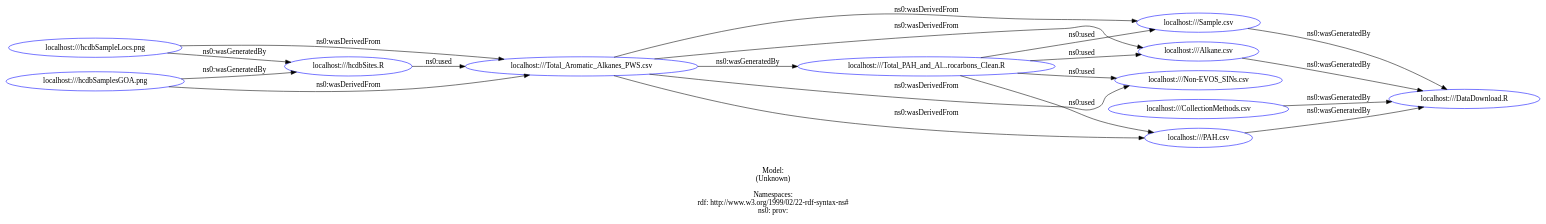
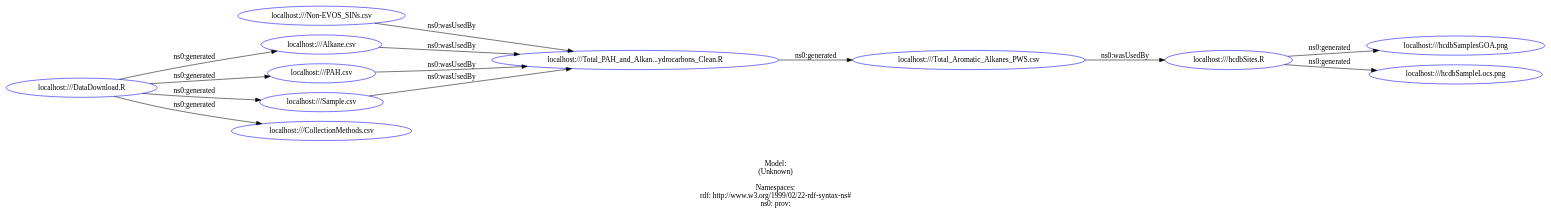
The diagram in transparency/results/provTest.dot (shek21/DataONE_2018_Summer_Intern_Project1), drawn with Graphviz before and after one commit. The commit also changed 62 other files, not shown here.

```diff
--- a/transparency/results/provTest.dot
+++ b/transparency/results/provTest.dot
@@ -1,42 +1,36 @@
 digraph {
 	rankdir = LR;
 	charset="utf-8";
 
-	"Rlocalhost:///hcdbSampleLocs.png" -> "Rlocalhost:///hcdbSites.R" [ label="ns0:wasGeneratedBy" ];
-	"Rlocalhost:///hcdbSites.R" -> "Rlocalhost:///Total_Aromatic_Alkanes_PWS.csv" [ label="ns0:used" ];
-	"Rlocalhost:///Total_Aromatic_Alkanes_PWS.csv" -> "Rlocalhost:///Alkane.csv" [ label="ns0:wasDerivedFrom" ];
-	"Rlocalhost:///Total_Aromatic_Alkanes_PWS.csv" -> "Rlocalhost:///Non-EVOS_SINs.csv" [ label="ns0:wasDerivedFrom" ];
-	"Rlocalhost:///Total_Aromatic_Alkanes_PWS.csv" -> "Rlocalhost:///Sample.csv" [ label="ns0:wasDerivedFrom" ];
-	"Rlocalhost:///Total_Aromatic_Alkanes_PWS.csv" -> "Rlocalhost:///PAH.csv" [ label="ns0:wasDerivedFrom" ];
-	"Rlocalhost:///hcdbSamplesGOA.png" -> "Rlocalhost:///Total_Aromatic_Alkanes_PWS.csv" [ label="ns0:wasDerivedFrom" ];
-	"Rlocalhost:///hcdbSamplesGOA.png" -> "Rlocalhost:///hcdbSites.R" [ label="ns0:wasGeneratedBy" ];
-	"Rlocalhost:///Total_PAH_and_Al...rocarbons_Clean.R" -> "Rlocalhost:///Alkane.csv" [ label="ns0:used" ];
-	"Rlocalhost:///Total_PAH_and_Al...rocarbons_Clean.R" -> "Rlocalhost:///Non-EVOS_SINs.csv" [ label="ns0:used" ];
-	"Rlocalhost:///Total_PAH_and_Al...rocarbons_Clean.R" -> "Rlocalhost:///Sample.csv" [ label="ns0:used" ];
-	"Rlocalhost:///Total_PAH_and_Al...rocarbons_Clean.R" -> "Rlocalhost:///PAH.csv" [ label="ns0:used" ];
-	"Rlocalhost:///Alkane.csv" -> "Rlocalhost:///DataDownload.R" [ label="ns0:wasGeneratedBy" ];
-	"Rlocalhost:///PAH.csv" -> "Rlocalhost:///DataDownload.R" [ label="ns0:wasGeneratedBy" ];
-	"Rlocalhost:///Sample.csv" -> "Rlocalhost:///DataDownload.R" [ label="ns0:wasGeneratedBy" ];
-	"Rlocalhost:///CollectionMethods.csv" -> "Rlocalhost:///DataDownload.R" [ label="ns0:wasGeneratedBy" ];
-	"Rlocalhost:///hcdbSampleLocs.png" -> "Rlocalhost:///Total_Aromatic_Alkanes_PWS.csv" [ label="ns0:wasDerivedFrom" ];
-	"Rlocalhost:///Total_Aromatic_Alkanes_PWS.csv" -> "Rlocalhost:///Total_PAH_and_Al...rocarbons_Clean.R" [ label="ns0:wasGeneratedBy" ];
+	"Rlocalhost:///Total_PAH_and_Alkan...ydrocarbons_Clean.R" -> "Rlocalhost:///Total_Aromatic_Alkanes_PWS.csv" [ label="ns0:generated" ];
+	"Rlocalhost:///Non-EVOS_SINs.csv" -> "Rlocalhost:///Total_PAH_and_Alkan...ydrocarbons_Clean.R" [ label="ns0:wasUsedBy" ];
+	"Rlocalhost:///hcdbSites.R" -> "Rlocalhost:///hcdbSamplesGOA.png" [ label="ns0:generated" ];
+	"Rlocalhost:///hcdbSites.R" -> "Rlocalhost:///hcdbSampleLocs.png" [ label="ns0:generated" ];
+	"Rlocalhost:///Alkane.csv" -> "Rlocalhost:///Total_PAH_and_Alkan...ydrocarbons_Clean.R" [ label="ns0:wasUsedBy" ];
+	"Rlocalhost:///PAH.csv" -> "Rlocalhost:///Total_PAH_and_Alkan...ydrocarbons_Clean.R" [ label="ns0:wasUsedBy" ];
+	"Rlocalhost:///Total_Aromatic_Alkanes_PWS.csv" -> "Rlocalhost:///hcdbSites.R" [ label="ns0:wasUsedBy" ];
+	"Rlocalhost:///DataDownload.R" -> "Rlocalhost:///Sample.csv" [ label="ns0:generated" ];
+	"Rlocalhost:///DataDownload.R" -> "Rlocalhost:///PAH.csv" [ label="ns0:generated" ];
+	"Rlocalhost:///DataDownload.R" -> "Rlocalhost:///CollectionMethods.csv" [ label="ns0:generated" ];
+	"Rlocalhost:///DataDownload.R" -> "Rlocalhost:///Alkane.csv" [ label="ns0:generated" ];
+	"Rlocalhost:///Sample.csv" -> "Rlocalhost:///Total_PAH_and_Alkan...ydrocarbons_Clean.R" [ label="ns0:wasUsedBy" ];
 
 	// Resources
+	"Rlocalhost:///Total_PAH_and_Alkan...ydrocarbons_Clean.R" [ label="localhost:///Total_PAH_and_Alkan...ydrocarbons_Clean.R", shape = ellipse, color = blue ];
+	"Rlocalhost:///Total_Aromatic_Alkanes_PWS.csv" [ label="localhost:///Total_Aromatic_Alkanes_PWS.csv", shape = ellipse, color = blue ];
+	"Rlocalhost:///Non-EVOS_SINs.csv" [ label="localhost:///Non-EVOS_SINs.csv", shape = ellipse, color = blue ];
+	"Rlocalhost:///hcdbSites.R" [ label="localhost:///hcdbSites.R", shape = ellipse, color = blue ];
+	"Rlocalhost:///hcdbSamplesGOA.png" [ label="localhost:///hcdbSamplesGOA.png", shape = ellipse, color = blue ];
 	"Rlocalhost:///hcdbSampleLocs.png" [ label="localhost:///hcdbSampleLocs.png", shape = ellipse, color = blue ];
-	"Rlocalhost:///hcdbSites.R" [ label="localhost:///hcdbSites.R", shape = ellipse, color = blue ];
-	"Rlocalhost:///Total_Aromatic_Alkanes_PWS.csv" [ label="localhost:///Total_Aromatic_Alkanes_PWS.csv", shape = ellipse, color = blue ];
 	"Rlocalhost:///Alkane.csv" [ label="localhost:///Alkane.csv", shape = ellipse, color = blue ];
-	"Rlocalhost:///Non-EVOS_SINs.csv" [ label="localhost:///Non-EVOS_SINs.csv", shape = ellipse, color = blue ];
+	"Rlocalhost:///PAH.csv" [ label="localhost:///PAH.csv", shape = ellipse, color = blue ];
+	"Rlocalhost:///DataDownload.R" [ label="localhost:///DataDownload.R", shape = ellipse, color = blue ];
 	"Rlocalhost:///Sample.csv" [ label="localhost:///Sample.csv", shape = ellipse, color = blue ];
-	"Rlocalhost:///PAH.csv" [ label="localhost:///PAH.csv", shape = ellipse, color = blue ];
-	"Rlocalhost:///hcdbSamplesGOA.png" [ label="localhost:///hcdbSamplesGOA.png", shape = ellipse, color = blue ];
-	"Rlocalhost:///Total_PAH_and_Al...rocarbons_Clean.R" [ label="localhost:///Total_PAH_and_Al...rocarbons_Clean.R", shape = ellipse, color = blue ];
-	"Rlocalhost:///DataDownload.R" [ label="localhost:///DataDownload.R", shape = ellipse, color = blue ];
 	"Rlocalhost:///CollectionMethods.csv" [ label="localhost:///CollectionMethods.csv", shape = ellipse, color = blue ];
 
 	// Anonymous nodes
 
 	// Literals
 
 	label="\n\nModel:\n(Unknown)\n\nNamespaces:\nrdf: http://www.w3.org/1999/02/22-rdf-syntax-ns#\nns0: prov:\n";
 }
```
